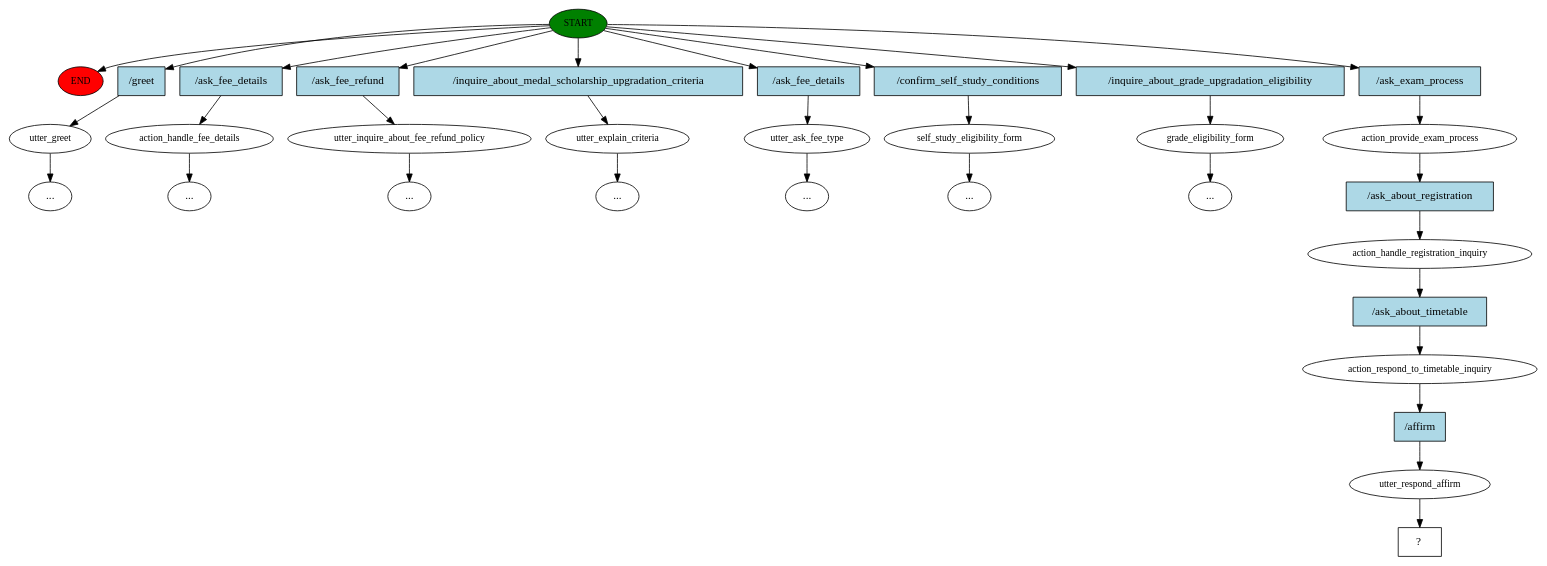
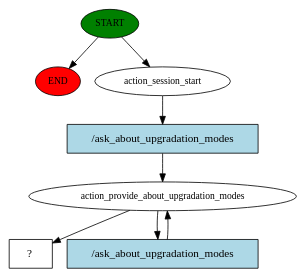
Before and after one commit to thapar-Automation-chatbot/University-Chatbot-Pilot: the diagram in story_graph.dot, drawn with Graphviz. The commit also changed 5 other files, not shown here.

```diff
--- a/story_graph.dot
+++ b/story_graph.dot
@@ -1,65 +1,16 @@
 digraph  {
 0 [class="start active", fillcolor=green, fontsize=12, label=START, style=filled];
 "-1" [class=end, fillcolor=red, fontsize=12, label=END, style=filled];
-1 [class="", fontsize=12, label=utter_greet];
-2 [class="", fontsize=12, label=action_handle_fee_details];
-8 [class="", fontsize=12, label=utter_inquire_about_fee_refund_policy];
-"-10" [class=ellipsis, label="..."];
-"-13" [class=ellipsis, label="..."];
-13 [class="", fontsize=12, label=utter_explain_criteria];
-"-17" [class=ellipsis, label="..."];
-16 [class="", fontsize=12, label=utter_ask_fee_type];
-"-18" [class=ellipsis, label="..."];
-"-20" [class=ellipsis, label="..."];
-19 [class="", fontsize=12, label=self_study_eligibility_form];
-"-21" [class=ellipsis, label="..."];
-20 [class="", fontsize=12, label=grade_eligibility_form];
-"-22" [class=ellipsis, label="..."];
-21 [class=active, fontsize=12, label=action_provide_exam_process];
-22 [class=active, fontsize=12, label=action_handle_registration_inquiry];
-23 [class=active, fontsize=12, label=action_respond_to_timetable_inquiry];
-24 [class=active, fontsize=12, label=utter_respond_affirm];
-25 [class="intent dashed active", label="  ?  ", shape=rect];
-26 [class=intent, fillcolor=lightblue, label="/greet", shape=rect, style=filled];
-27 [class=intent, fillcolor=lightblue, label="/ask_fee_details", shape=rect, style=filled];
-28 [class=intent, fillcolor=lightblue, label="/ask_fee_refund", shape=rect, style=filled];
-29 [class=intent, fillcolor=lightblue, label="/inquire_about_medal_scholarship_upgradation_criteria", shape=rect, style=filled];
-30 [class=intent, fillcolor=lightblue, label="/ask_fee_details", shape=rect, style=filled];
-31 [class=intent, fillcolor=lightblue, label="/confirm_self_study_conditions", shape=rect, style=filled];
-32 [class=intent, fillcolor=lightblue, label="/inquire_about_grade_upgradation_eligibility", shape=rect, style=filled];
-33 [class="intent active", fillcolor=lightblue, label="/ask_exam_process", shape=rect, style=filled];
-34 [class="intent active", fillcolor=lightblue, label="/ask_about_registration", shape=rect, style=filled];
-35 [class="intent active", fillcolor=lightblue, label="/ask_about_timetable", shape=rect, style=filled];
-36 [class="intent active", fillcolor=lightblue, label="/affirm", shape=rect, style=filled];
+1 [class=active, fontsize=12, label=action_session_start];
+2 [class=active, fontsize=12, label=action_provide_about_upgradation_modes];
+4 [class="intent dashed active", label="  ?  ", shape=rect];
+5 [class="intent active", fillcolor=lightblue, label="/ask_about_upgradation_modes", shape=rect, style=filled];
+6 [class="intent active", fillcolor=lightblue, label="/ask_about_upgradation_modes", shape=rect, style=filled];
 0 -> "-1"  [class="", key=NONE, label=""];
-0 -> 26  [class="", key=0];
-0 -> 27  [class="", key=0];
-0 -> 28  [class="", key=0];
-0 -> 29  [class="", key=0];
-0 -> 30  [class="", key=0];
-0 -> 31  [class="", key=0];
-0 -> 32  [class="", key=0];
-0 -> 33  [class=active, key=0];
-1 -> "-20"  [class="", key=NONE, label=""];
-2 -> "-13"  [class="", key=NONE, label=""];
-8 -> "-10"  [class="", key=NONE, label=""];
-13 -> "-17"  [class="", key=NONE, label=""];
-16 -> "-18"  [class="", key=NONE, label=""];
-19 -> "-21"  [class="", key=NONE, label=""];
-20 -> "-22"  [class="", key=NONE, label=""];
-21 -> 34  [class=active, key=0];
-22 -> 35  [class=active, key=0];
-23 -> 36  [class=active, key=0];
-24 -> 25  [class=active, key=NONE, label=""];
-26 -> 1  [class="", key=0];
-27 -> 2  [class="", key=0];
-28 -> 8  [class="", key=0];
-29 -> 13  [class="", key=0];
-30 -> 16  [class="", key=0];
-31 -> 19  [class="", key=0];
-32 -> 20  [class="", key=0];
-33 -> 21  [class=active, key=0];
-34 -> 22  [class=active, key=0];
-35 -> 23  [class=active, key=0];
-36 -> 24  [class=active, key=0];
+0 -> 1  [class=active, key=NONE, label=""];
+1 -> 5  [class=active, key=0];
+2 -> 4  [class=active, key=NONE, label=""];
+2 -> 6  [class=active, key=0];
+5 -> 2  [class=active, key=0];
+6 -> 2  [class=active, key=0];
 }
```
